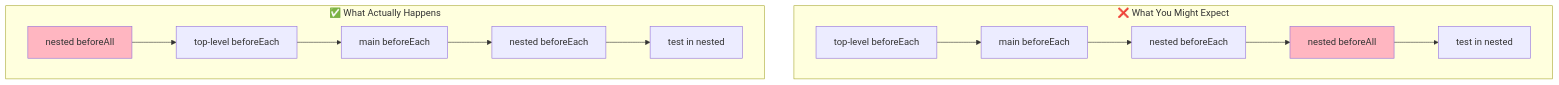
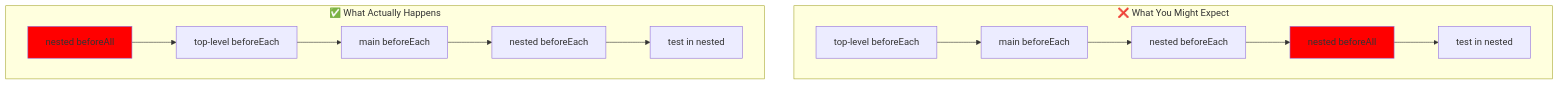
Before and after one commit to kamuiroeru/testing-library-lifecycle-hooks: the third of 4 diagrams in RESULT.md, drawn with Mermaid. The commit also changed other lines of this file, not shown here.

Commit message:
update: mermaid color

````diff
--- a/RESULT.md
+++ b/RESULT.md
@@ -157,19 +157,19 @@
 ```mermaid
 graph TD
     subgraph "❌ What You Might Expect"
         A1[top-level beforeEach] --> B1[main beforeEach]
         B1 --> C1[nested beforeEach]
         C1 --> D1[nested beforeAll]
         D1 --> E1[test in nested]
     end
 
     subgraph "✅ What Actually Happens"
         A2[nested beforeAll] --> B2[top-level beforeEach]
         B2 --> C2[main beforeEach]
         C2 --> D2[nested beforeEach]
         D2 --> E2[test in nested]
     end
 
-    style D1 fill:#FFB6C1
-    style A2 fill:#FFB6C1
+    style D1 fill:red
+    style A2 fill:red
 ```
````
